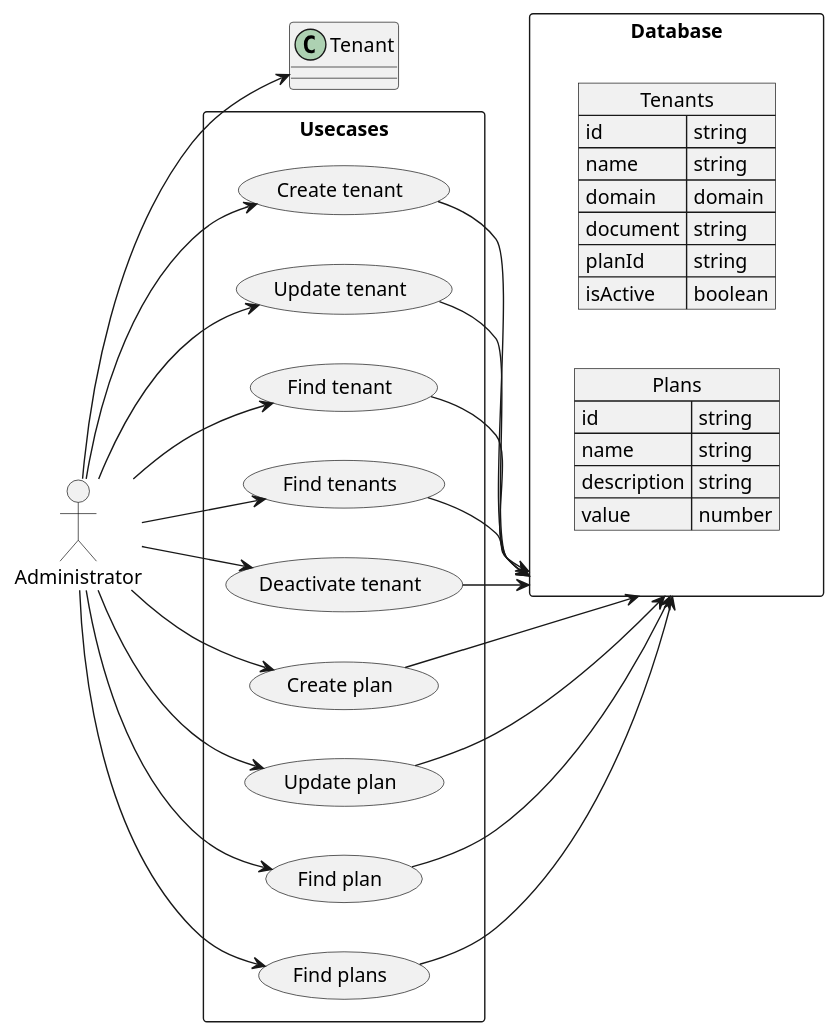
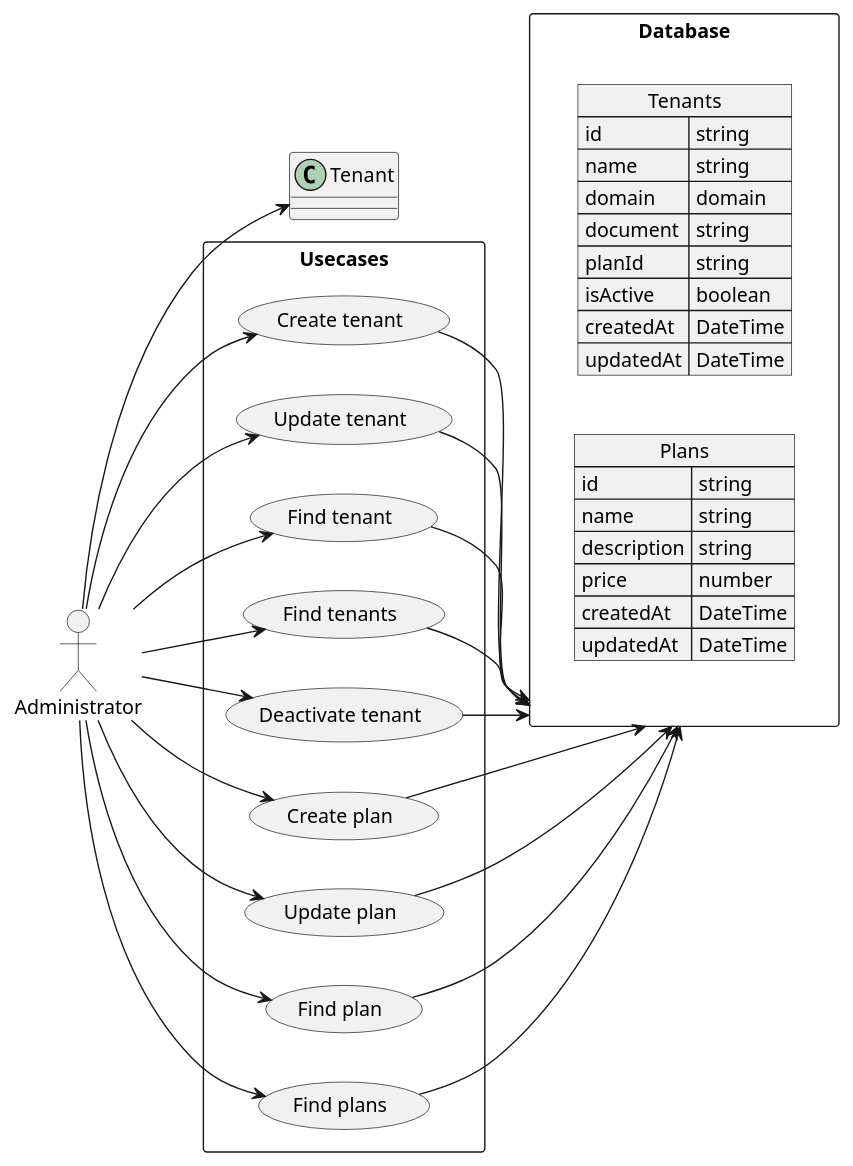
One commit to gustavorodrigues19/ddd-api changed the diagram in uml/system-adm.usecase.wsd. Above: the diagram before and after it, drawn with PlantUML. The commit also changed 15 other files, not shown here.

```diff
--- a/uml/system-adm.usecase.wsd
+++ b/uml/system-adm.usecase.wsd
@@ -1,59 +1,63 @@
 @startuml
 allowmixing
 
 rectangle Database {
   json Tenants {
     "id":"string",
     "name":"string",
     "domain": "domain",
     "document":"string",
     "planId": "string",
-    "isActive": "boolean"
+    "isActive": "boolean",
+    "createdAt": "DateTime",
+    "updatedAt": "DateTime"
   }
 
   json Plans {
     "id": "string",
     "name":"string",
     "description": "string",
-    "value": "number"
+    "price": "number",
+    "createdAt": "DateTime",
+    "updatedAt": "DateTime"
   }
 }
 
 left to right direction
 actor "Administrator" as adm
 rectangle Usecases {
   usecase "Create tenant" as CT
   usecase "Update tenant" as UT
   usecase "Find tenant" as FT
   usecase "Find tenants" as FTS
   usecase "Deactivate tenant" as DT
 
   usecase "Create plan" as CP
   usecase "Update plan" as UP
   usecase "Find plan" as FP
   usecase "Find plans" as FPS
 }
 
 adm --> Tenant
 adm --> CT
 adm --> UT
 adm --> FT
 adm --> FTS
 adm --> DT
 adm --> CP
 adm --> UP
 adm --> FP
 adm --> FPS
 
 CT --> Database
 UT --> Database
 FT --> Database
 FTS --> Database
 DT --> Database
 
 CP --> Database
 UP --> Database
 FP --> Database
 FPS --> Database
 
 @enduml
```
